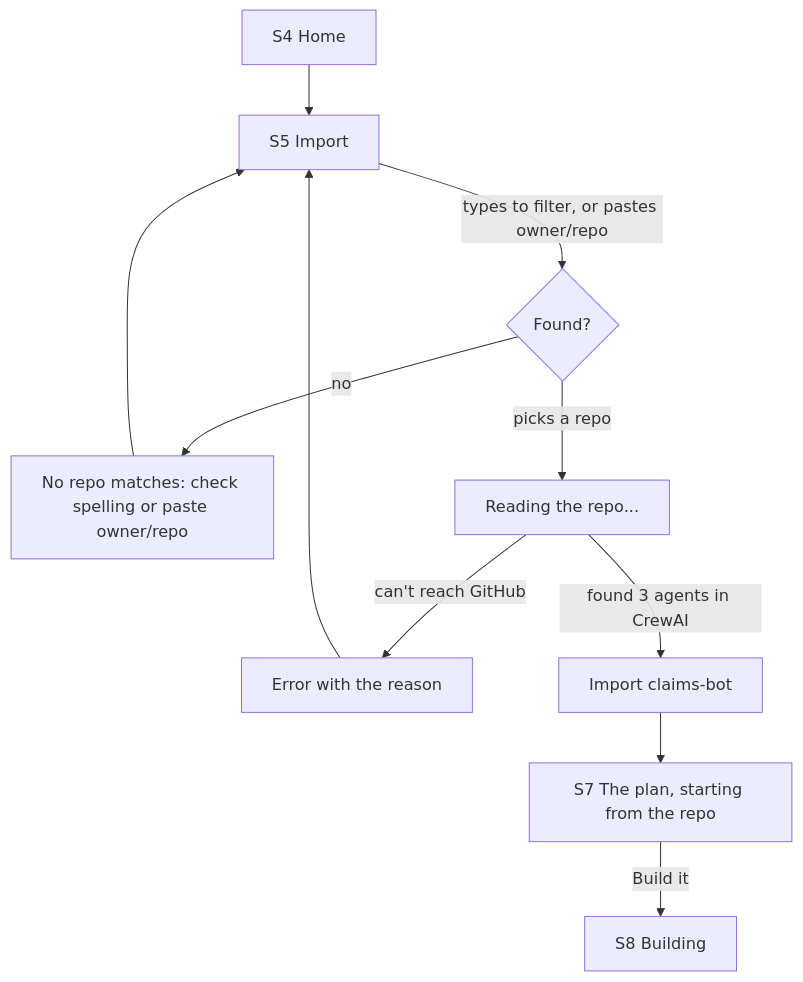
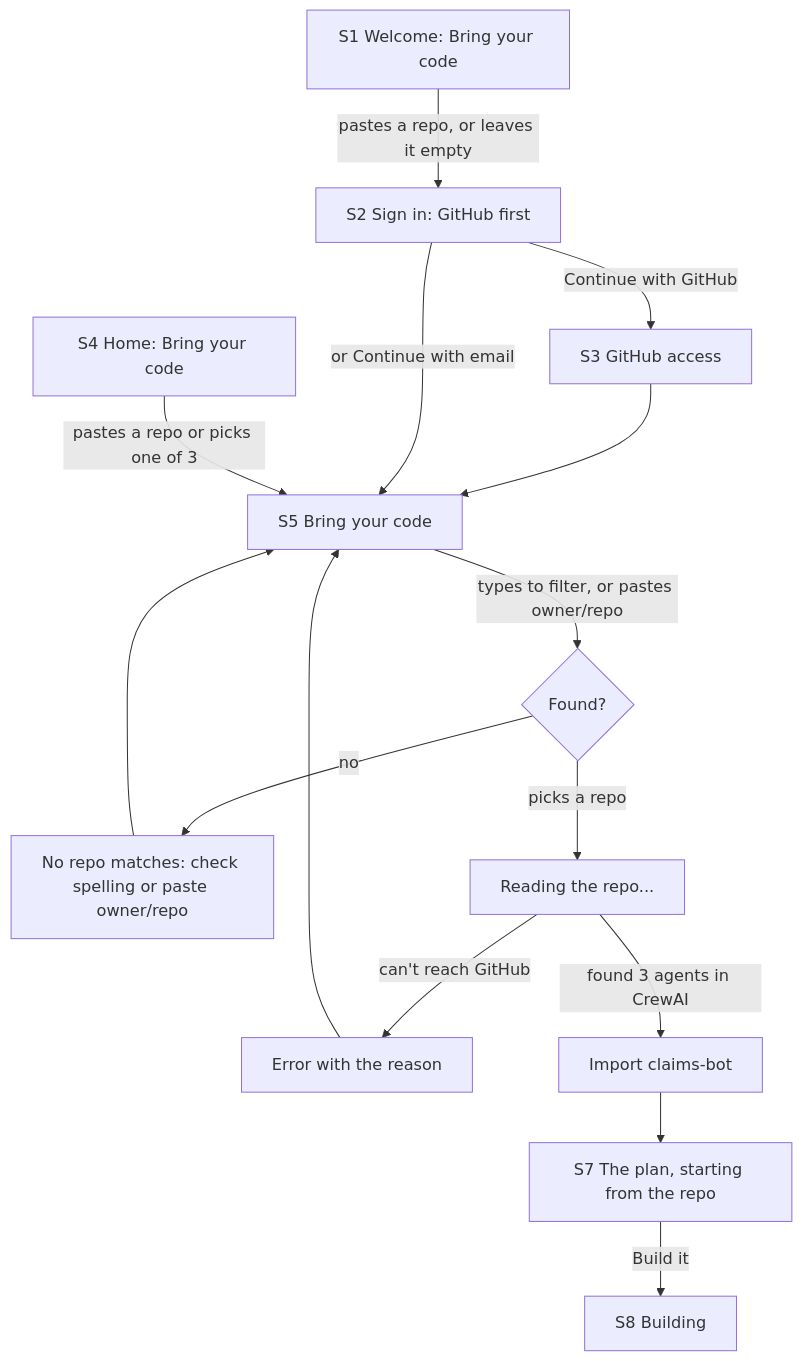
The second of 7 diagrams in docs/journeys.md (VVRaider23/Architect-2.0), drawn with Mermaid before and after one commit. The commit also changed other lines of this file and 27 other files, not shown here.

First line of the commit message:
One app, two ways in: Describe it or Bring your code, plus a Developer tools switch

````diff
--- a/docs/journeys.md
+++ b/docs/journeys.md
@@ -56,12 +56,15 @@
 ```mermaid
 flowchart TD
-    S4[S4 Home] --> S5[S5 Import]
+    W[S1 Welcome: Bring your code] -->|pastes a repo, or leaves it empty| SI[S2 Sign in: GitHub first]
+    SI -->|Continue with GitHub| G[S3 GitHub access] --> S5[S5 Bring your code]
+    SI -->|or Continue with email| S5
+    S4[S4 Home: Bring your code] -->|pastes a repo or picks one of 3| S5
     S5 -->|types to filter, or pastes owner/repo| L{Found?}
     L -->|no| N[No repo matches: check spelling or paste owner/repo]
     N --> S5
     L -->|picks a repo| R[Reading the repo...]
     R -->|can't reach GitHub| X[Error with the reason] --> S5
     R -->|found 3 agents in CrewAI| B[Import claims-bot]
     B --> S7[S7 The plan, starting from the repo]
     S7 -->|Build it| S8[S8 Building]
 ```
````
